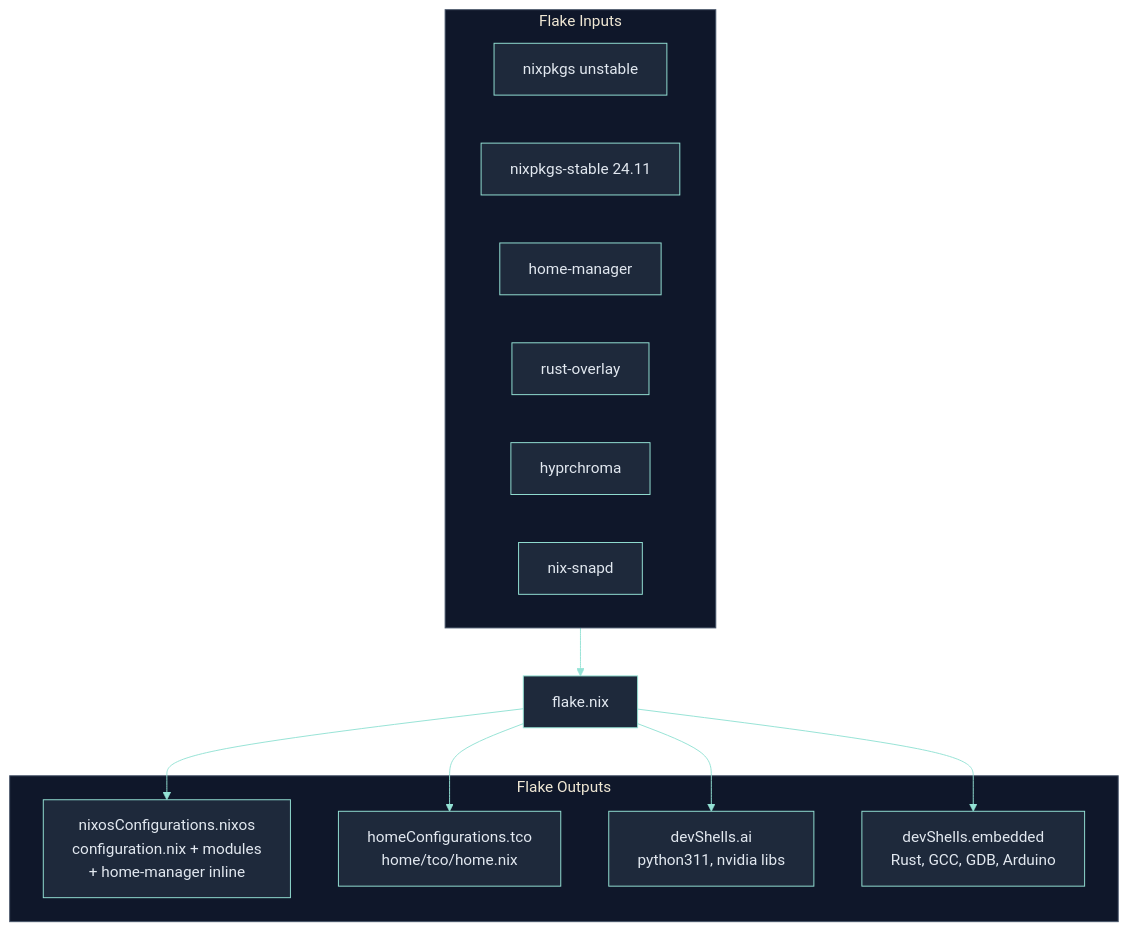
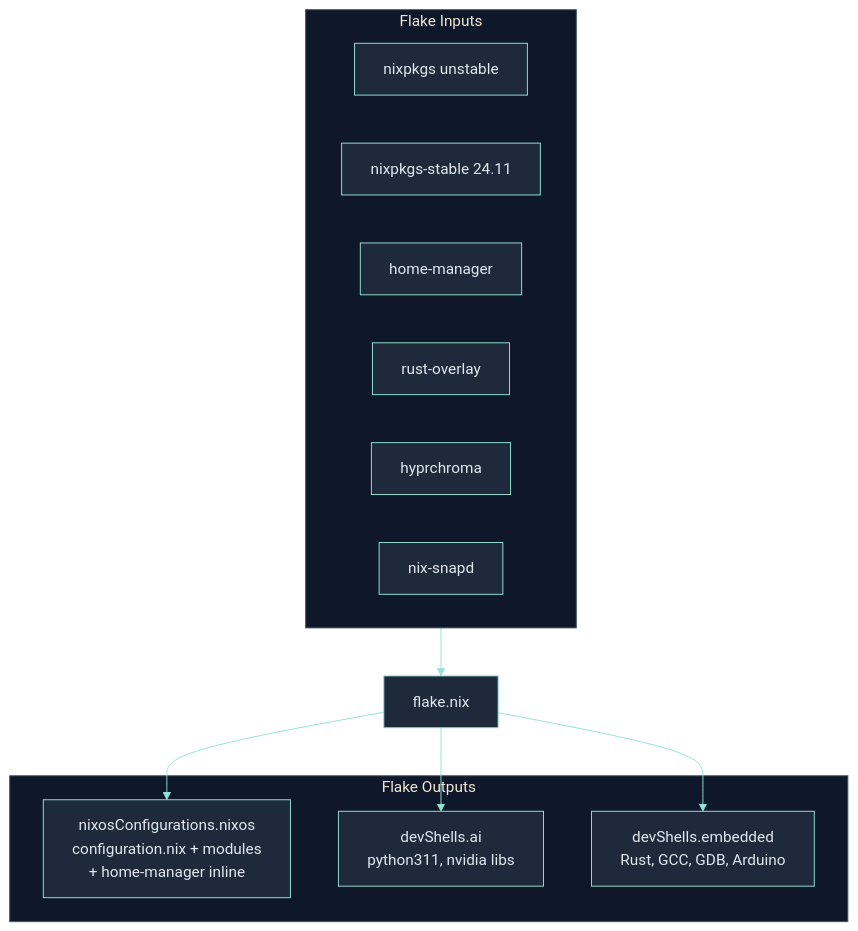
Before and after one commit to RomeoCavazza/nixos-config: the first of 8 diagrams in docs/README.md, drawn with Mermaid. The commit also changed other lines of this file and 1 other file, not shown here.

Commit message:
docs: remove homeConfigurations.tco references
Single entry point: nixosConfigurations.nixos only.
- Update flake diagram in docs/README.md
- Remove homeConfigurations.tco from specification.txt outputs
- Remove 'hm' alias from commands section

````diff
--- a/docs/README.md
+++ b/docs/README.md
@@ -11,27 +11,25 @@
 ```mermaid
 %%{init: {'theme': 'base', 'themeVariables': { 'primaryColor': '#1e293b', 'secondaryColor': '#0f172a', 'tertiaryColor': '#0f172a', 'primaryBorderColor': '#94e2d5', 'lineColor': '#94e2d5', 'primaryTextColor': '#e2e8f0', 'clusterBkg': '#0f172a', 'clusterBorder': '#475569' }}}%%
 flowchart TD
   subgraph in["Flake Inputs"]
     np[nixpkgs unstable]
     nps[nixpkgs-stable 24.11]
     hm[home-manager]
     ro[rust-overlay]
     hc[hyprchroma]
     sn[nix-snapd]
   end
 
   flake[flake.nix]
 
   subgraph out["Flake Outputs"]
     sys["nixosConfigurations.nixos\nconfiguration.nix + modules\n+ home-manager inline"]
-    usr["homeConfigurations.tco\nhome/tco/home.nix"]
     ai["devShells.ai\npython311, nvidia libs"]
     emb["devShells.embedded\nRust, GCC, GDB, Arduino"]
   end
 
   in --> flake
   flake --> sys
-  flake --> usr
   flake --> ai
   flake --> emb
 ```
````
